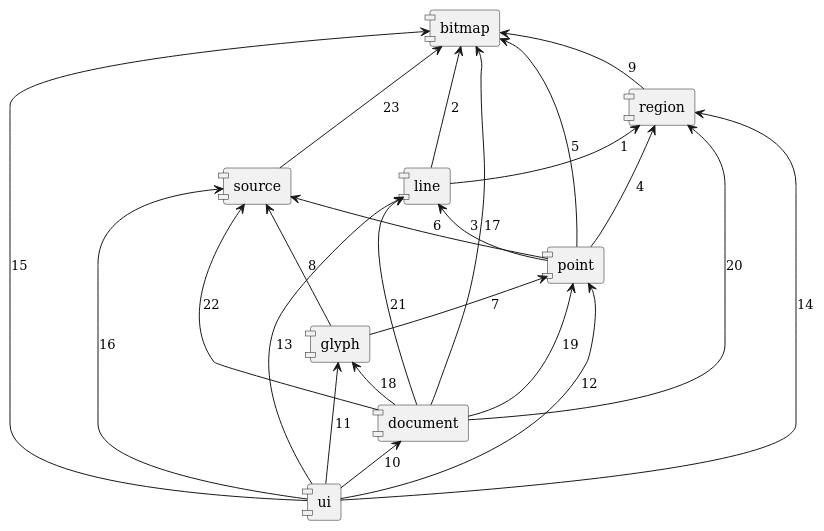
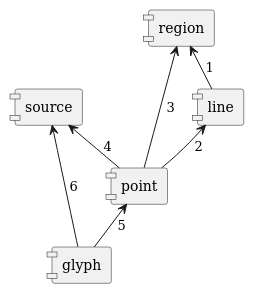
The diagram in documentation/Specification/diagrams/top_level_modules.plantuml (zwerdlds/GlyphMosaic), drawn with PlantUML before and after one commit. The commit also changed 17 other files, not shown here.

Commit message:
docs: - labeled subsystems for proper refs - keywords has more key components - source module added - arch views expanded and clarified - wm and browser added to context diagram - missing bitmap relationshp described

```diff
--- a/documentation/Specification/diagrams/top_level_modules.plantuml
+++ b/documentation/Specification/diagrams/top_level_modules.plantuml
@@ -1,39 +1,19 @@
 @startuml
 skinparam ranksep 25
 skinparam componentStyle uml1
 skinparam defaultFontName DejaVu Serif
 
 component "source" as src
-component "ui" as ui
-component "document" as doc
-component "bitmap" as bmp
 component "region" as reg
 component "line" as line
 component "point" as pts
 component "glyph" as gly
 
 line -u-> reg : 1
-line -u-> bmp : 2
-pts -u-> line : 3
-pts -u-> reg : 4
-pts -u-> bmp : 5
-pts -u-> src : 6
-gly -u-> pts : 7
-gly -u-> src : 8
-reg -u-> bmp : 9
-ui -u-> doc : 10
-ui -u-> gly : 11
-ui -u-> pts : 12
-ui -u-> line : 13
-ui -u-> reg : 14
-ui -u-> bmp : 15
-ui -u-> src : 16
-doc -u-> bmp : 17
-doc -u-> gly : 18
-doc -u-> pts : 19
-doc -u-> reg : 20
-doc -u-> line : 21
-doc -u-> src : 22
-src -u-> bmp : 23
+pts -u-> line : 2
+pts -u-> reg : 3
+pts -u-> src : 4
+gly -u-> pts : 5
+gly -u-> src : 6
 
 @enduml
```
